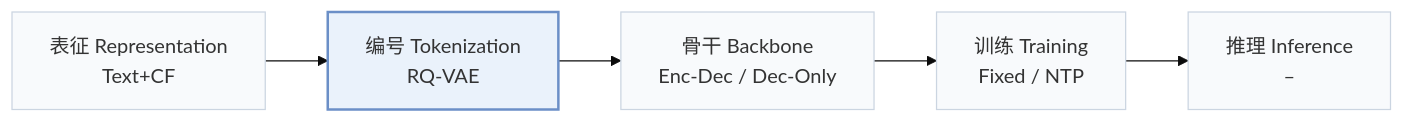
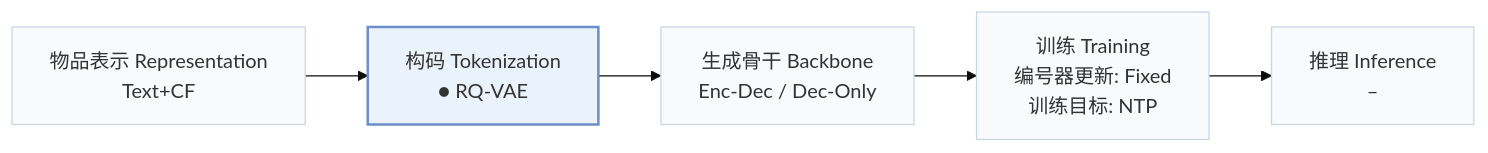
Before and after one commit to Galaxy-ghost/Awesome-SID-Generative-Rec: the first of 2 diagrams in pages/zh/papers/dact.md, drawn with Mermaid (base theme). The commit also changed other lines of this file and 558 other files, not shown here.

````diff
--- a/pages/zh/papers/dact.md
+++ b/pages/zh/papers/dact.md
@@ -15,8 +19,8 @@
 ```mermaid
 flowchart LR
-    R["表征 Representation<br/>Text+CF"] --> T["编号 Tokenization<br/>RQ-VAE"] --> B["骨干 Backbone<br/>Enc-Dec / Dec-Only"] --> TR["训练 Training<br/>Fixed / NTP"] --> I["推理 Inference<br/>–"]
+    R["物品表示 Representation<br/>Text+CF"] --> T["构码 Tokenization<br/>● RQ-VAE"] --> B["生成骨干 Backbone<br/>Enc-Dec / Dec-Only"] --> TR["训练 Training<br/>编号器更新: Fixed<br/>训练目标: NTP"] --> I["推理 Inference<br/>–"]
     classDef base fill:#f8fafc,stroke:#cbd5e1
     class R,T,B,TR,I base
     classDef main fill:#eaf2fb,stroke:#6b8fc7,stroke-width:2px
     class T main
 ```
````
